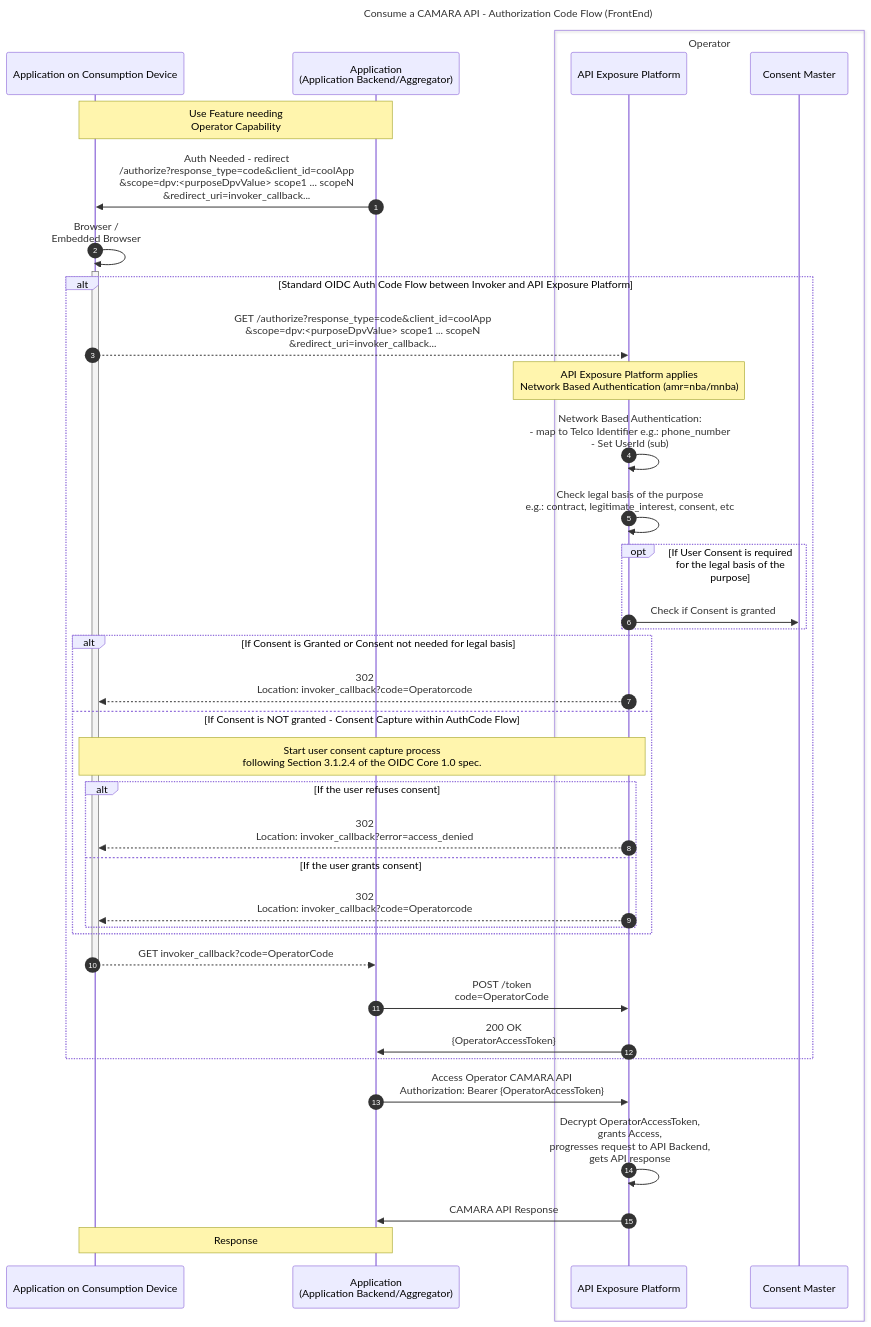
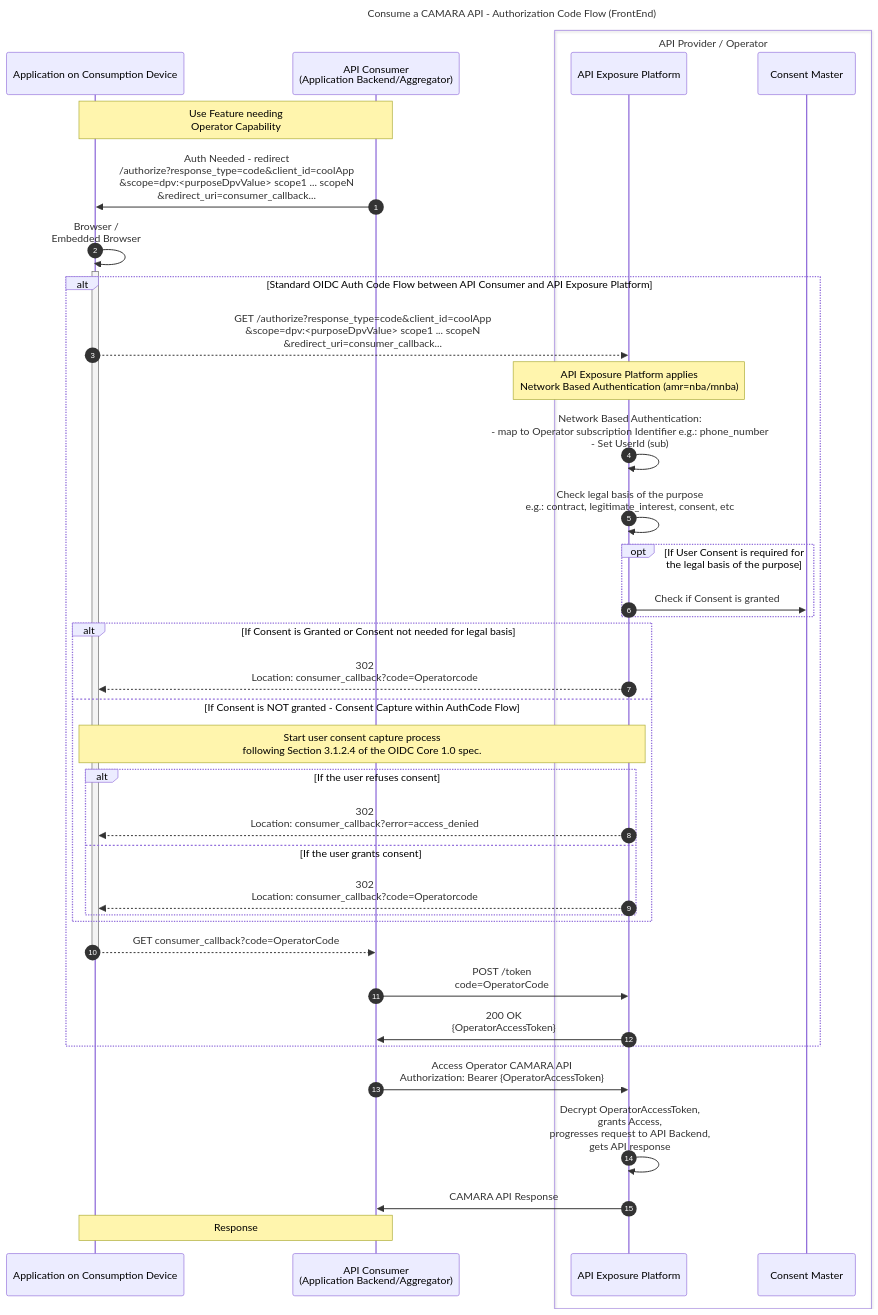
Before and after one commit to camaraproject/IdentityAndConsentManagement: the first of 2 diagrams in documentation/CAMARA-API-access-and-user-consent.md, drawn with Mermaid. The commit also changed other lines of this file, not shown here.

Commit message:
Further alignment of CAMARA-API-access-and-user-consent.md with API consumer and API provider terms

````diff
--- a/documentation/CAMARA-API-access-and-user-consent.md
+++ b/documentation/CAMARA-API-access-and-user-consent.md
@@ -86,42 +86,42 @@
 ```mermaid
 sequenceDiagram
 autonumber
 title Consume a CAMARA API - Authorization Code Flow (FrontEnd)
 participant FE as Application on Consumption Device
-participant BE as Application<br>(Application Backend/Aggregator)
-box Operator
+participant BE as API Consumer<br>(Application Backend/Aggregator)
+box API Provider / Operator
   participant ExpO as API Exposure Platform
   participant Consent as Consent Master
 end
 
 Note over FE,BE: Use Feature needing<br>Operator Capability  
-BE->>FE: Auth Needed - redirect <br>/authorize?response_type=code&client_id=coolApp<br>&scope=dpv:<purposeDpvValue> scope1 ... scopeN<br>&redirect_uri=invoker_callback...
+BE->>FE: Auth Needed - redirect <br>/authorize?response_type=code&client_id=coolApp<br>&scope=dpv:<purposeDpvValue> scope1 ... scopeN<br>&redirect_uri=consumer_callback...
 FE->>+FE: Browser /<br> Embedded Browser
-alt Standard OIDC Auth Code Flow between Invoker and API Exposure Platform
-  FE-->>ExpO: GET /authorize?response_type=code&client_id=coolApp<br>&scope=dpv:<purposeDpvValue> scope1 ... scopeN<br>&redirect_uri=invoker_callback...
+alt Standard OIDC Auth Code Flow between API Consumer and API Exposure Platform
+  FE-->>ExpO: GET /authorize?response_type=code&client_id=coolApp<br>&scope=dpv:<purposeDpvValue> scope1 ... scopeN<br>&redirect_uri=consumer_callback...
   Note over ExpO: API Exposure Platform applies<br>Network Based Authentication (amr=nba/mnba)
-  ExpO->>ExpO: Network Based Authentication:<br>- map to Telco Identifier e.g.: phone_number<br>- Set UserId (sub)  
+  ExpO->>ExpO: Network Based Authentication:<br>- map to Operator subscription Identifier e.g.: phone_number<br>- Set UserId (sub)  
   ExpO->>ExpO: Check legal basis of the purpose<br> e.g.: contract, legitimate_interest, consent, etc 
   opt If User Consent is required for the legal basis of the purpose  
     ExpO->>Consent: Check if Consent is granted    
   end  
   alt If Consent is Granted or Consent not needed for legal basis   
-    ExpO-->>FE: 302<br>Location: invoker_callback?code=Operatorcode
+    ExpO-->>FE: 302<br>Location: consumer_callback?code=Operatorcode
   else If Consent is NOT granted - Consent Capture within AuthCode Flow  
     Note over FE,ExpO: Start user consent capture process<br>following Section 3.1.2.4 of the OIDC Core 1.0 spec.    
     alt If the user refuses consent
-      ExpO-->>FE: 302<br>Location: invoker_callback?error=access_denied
+      ExpO-->>FE: 302<br>Location: consumer_callback?error=access_denied
     else If the user grants consent
-      ExpO-->>FE: 302<br>Location: invoker_callback?code=Operatorcode
+      ExpO-->>FE: 302<br>Location: consumer_callback?code=Operatorcode
     end
   end
-  FE-->>-BE: GET invoker_callback?code=OperatorCode
+  FE-->>-BE: GET consumer_callback?code=OperatorCode
   BE->>ExpO: POST /token<br> code=OperatorCode
   ExpO->>BE: 200 OK <br> {OperatorAccessToken}
 end
 
 BE->>ExpO: Access Operator CAMARA API <br> Authorization: Bearer {OperatorAccessToken}        
 ExpO->>ExpO: Decrypt OperatorAccessToken,<br>grants Access,<br>progresses request to API Backend,<br>gets API response  
 ExpO->>BE: CAMARA API Response
 Note over BE,FE: Response
 ```
````
